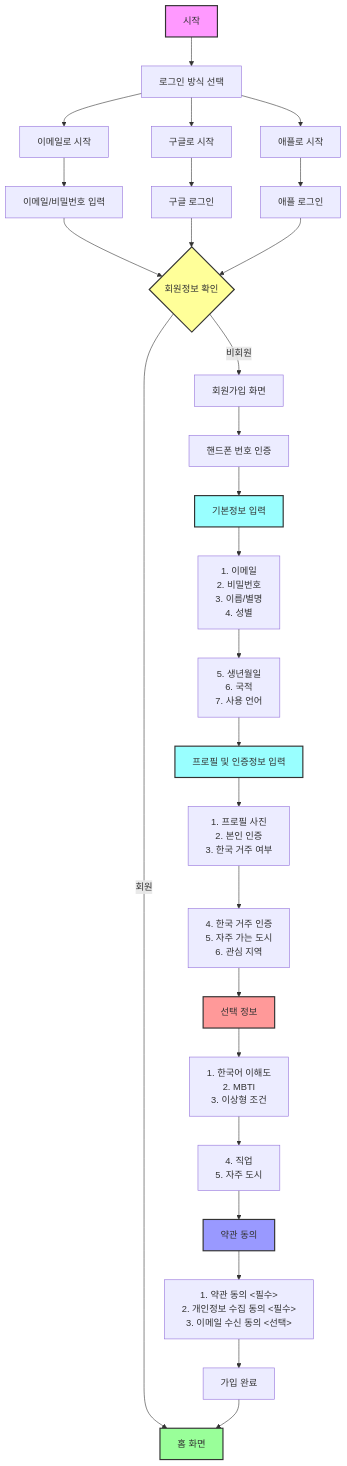
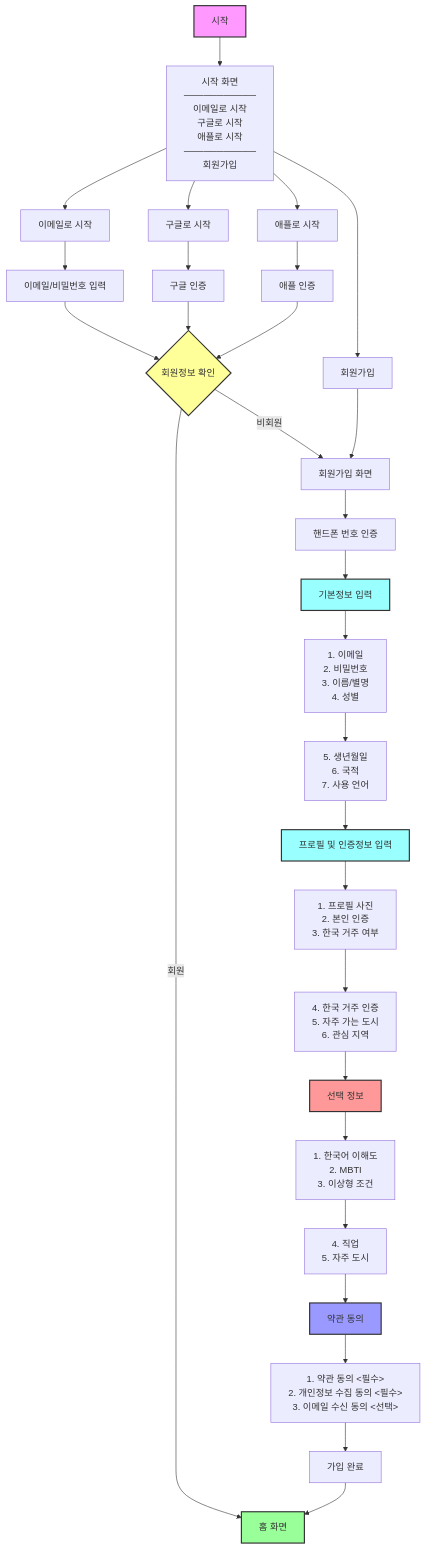
Before and after one commit to remyKR/seouloppa: the diagram in docs/auth-flowchart.md, drawn with Mermaid. The commit also changed other lines of this file, not shown here.

First line of the commit message:
Update auth flowchart: Add direct signup button on start screen

````diff
--- a/docs/auth-flowchart.md
+++ b/docs/auth-flowchart.md
@@ -5,51 +5,54 @@
 ```mermaid
 flowchart TD
-    Start[시작] --> LoginSelect[로그인 방식 선택]
+    Start[시작] --> StartScreen[시작 화면<br/>───────────<br/>이메일로 시작<br/>구글로 시작<br/>애플로 시작<br/>───────────<br/>회원가입]
     
-    LoginSelect --> Email[이메일로 시작]
-    LoginSelect --> Google[구글로 시작]
-    LoginSelect --> Apple[애플로 시작]
+    StartScreen --> Email[이메일로 시작]
+    StartScreen --> Google[구글로 시작]
+    StartScreen --> Apple[애플로 시작]
+    StartScreen --> SignupButton[회원가입]
     
     Email --> EmailLogin[이메일/비밀번호 입력]
-    Google --> GoogleAuth[구글 로그인]
-    Apple --> AppleAuth[애플 로그인]
+    Google --> GoogleAuth[구글 인증]
+    Apple --> AppleAuth[애플 인증]
     
     EmailLogin --> CheckMember{회원정보 확인}
     GoogleAuth --> CheckMember
     AppleAuth --> CheckMember
     
     CheckMember -->|회원| Home[홈 화면]
     CheckMember -->|비회원| SignupStart[회원가입 화면]
+    
+    SignupButton --> SignupStart
     
     SignupStart --> PhoneVerify[핸드폰 번호 인증]
     
     PhoneVerify --> BasicInfo[기본정보 입력]
     
     BasicInfo --> BasicInfo1[1. 이메일<br/>2. 비밀번호<br/>3. 이름/별명<br/>4. 성별]
     BasicInfo1 --> BasicInfo2[5. 생년월일<br/>6. 국적<br/>7. 사용 언어]
     
     BasicInfo2 --> ProfileInfo[프로필 및 인증정보 입력]
     
     ProfileInfo --> ProfileInfo1[1. 프로필 사진<br/>2. 본인 인증<br/>3. 한국 거주 여부]
     ProfileInfo1 --> ProfileInfo2[4. 한국 거주 인증<br/>5. 자주 가는 도시<br/>6. 관심 지역]
     
     ProfileInfo2 --> OptionalInfo[선택 정보]
     
     OptionalInfo --> OptionalInfo1[1. 한국어 이해도<br/>2. MBTI<br/>3. 이상형 조건]
     OptionalInfo1 --> OptionalInfo2[4. 직업<br/>5. 자주 도시]
     
     OptionalInfo2 --> Terms[약관 동의]
     
     Terms --> Terms1[1. 약관 동의 <필수><br/>2. 개인정보 수집 동의 <필수><br/>3. 이메일 수신 동의 <선택>]
     
     Terms1 --> Complete[가입 완료]
     Complete --> Home
     
     style Start fill:#f9f,stroke:#333,stroke-width:2px
     style Home fill:#9f9,stroke:#333,stroke-width:2px
     style CheckMember fill:#ff9,stroke:#333,stroke-width:2px
     style BasicInfo fill:#9ff,stroke:#333,stroke-width:2px
     style ProfileInfo fill:#9ff,stroke:#333,stroke-width:2px
     style OptionalInfo fill:#f99,stroke:#333,stroke-width:2px
     style Terms fill:#99f,stroke:#333,stroke-width:2px
 ```
````
